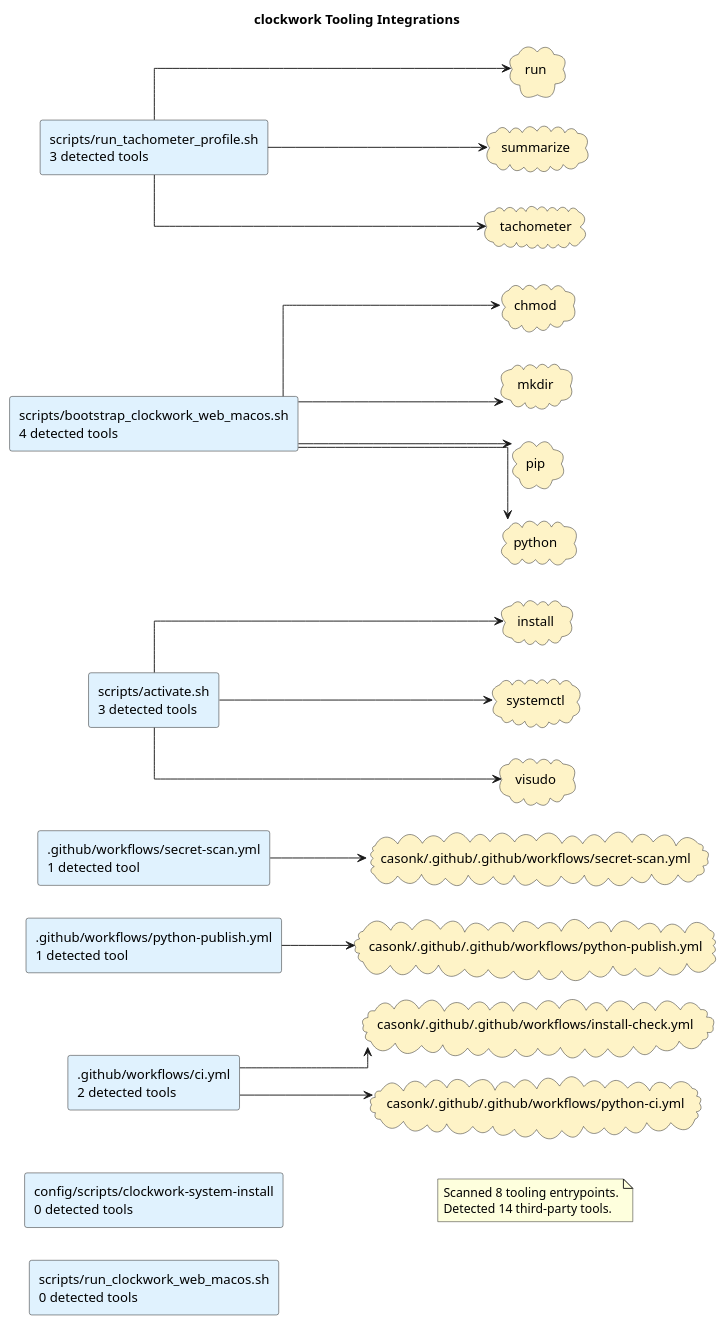
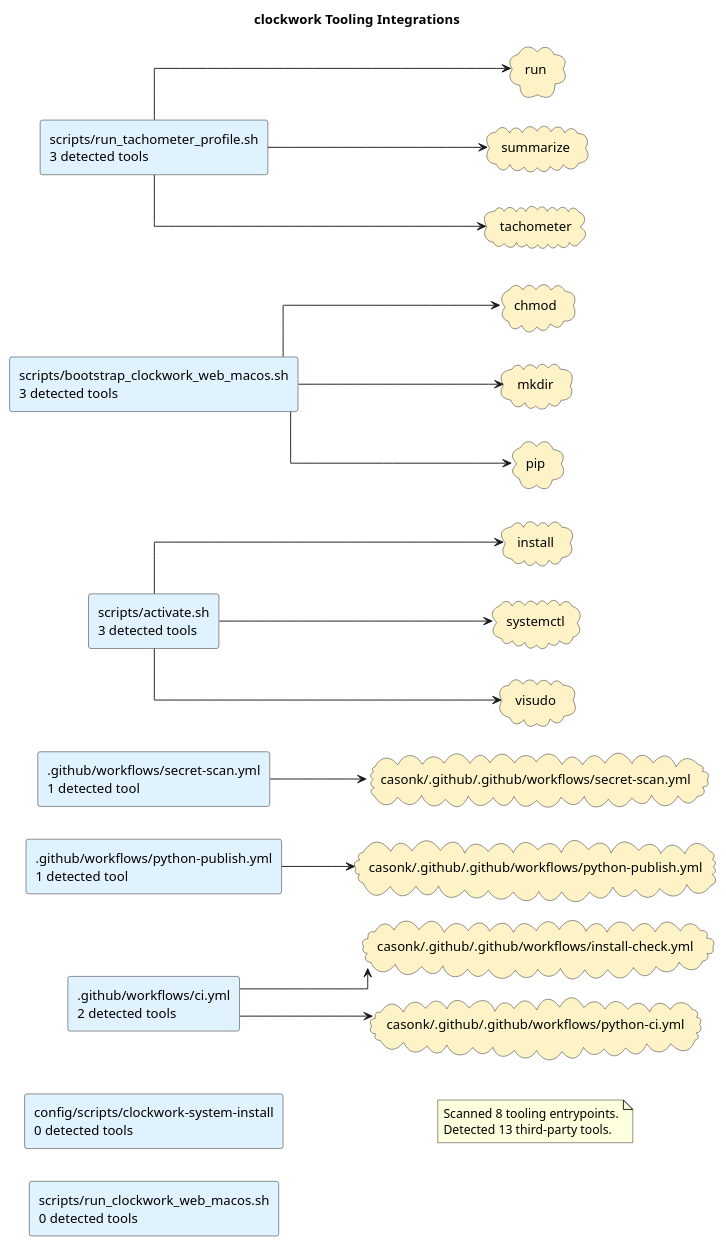
The diagram in docs/diagrams/tooling-integrations.puml (casonk/clockwork), drawn with PlantUML before and after one commit. The commit also changed 5 other files, not shown here.

First line of the commit message:
docs: refresh architecture diagrams

```diff
--- a/docs/diagrams/tooling-integrations.puml
+++ b/docs/diagrams/tooling-integrations.puml
@@ -1,48 +1,46 @@
 @startuml
 title clockwork Tooling Integrations
 left to right direction
 skinparam shadowing false
 skinparam defaultFontName Monospace
 skinparam componentStyle rectangle
 skinparam linetype ortho
 rectangle ".github/workflows/ci.yml\n2 detected tools" as source_github_workflows_ci_yml #E0F2FE
 rectangle ".github/workflows/python-publish.yml\n1 detected tool" as source_github_workflows_python_publish_yml #E0F2FE
 rectangle ".github/workflows/secret-scan.yml\n1 detected tool" as source_github_workflows_secret_scan_yml #E0F2FE
 rectangle "config/scripts/clockwork-system-install\n0 detected tools" as source_config_scripts_clockwork_system_install #E0F2FE
 rectangle "scripts/activate.sh\n3 detected tools" as source_scripts_activate_sh #E0F2FE
-rectangle "scripts/bootstrap_clockwork_web_macos.sh\n4 detected tools" as source_scripts_bootstrap_clockwork_web_macos_sh #E0F2FE
+rectangle "scripts/bootstrap_clockwork_web_macos.sh\n3 detected tools" as source_scripts_bootstrap_clockwork_web_macos_sh #E0F2FE
 rectangle "scripts/run_clockwork_web_macos.sh\n0 detected tools" as source_scripts_run_clockwork_web_macos_sh #E0F2FE
 rectangle "scripts/run_tachometer_profile.sh\n3 detected tools" as source_scripts_run_tachometer_profile_sh #E0F2FE
 cloud "casonk/.github/.github/workflows/install-check.yml" as tool_casonk_github_github_workflows_install_check_yml #FEF3C7
 cloud "casonk/.github/.github/workflows/python-ci.yml" as tool_casonk_github_github_workflows_python_ci_yml #FEF3C7
 cloud "casonk/.github/.github/workflows/python-publish.yml" as tool_casonk_github_github_workflows_python_publish_yml #FEF3C7
 cloud "casonk/.github/.github/workflows/secret-scan.yml" as tool_casonk_github_github_workflows_secret_scan_yml #FEF3C7
 cloud "chmod" as tool_chmod #FEF3C7
 cloud "install" as tool_install #FEF3C7
 cloud "mkdir" as tool_mkdir #FEF3C7
 cloud "pip" as tool_pip #FEF3C7
-cloud "python" as tool_python #FEF3C7
 cloud "run" as tool_run #FEF3C7
 cloud "summarize" as tool_summarize #FEF3C7
 cloud "systemctl" as tool_systemctl #FEF3C7
 cloud "tachometer" as tool_tachometer #FEF3C7
 cloud "visudo" as tool_visudo #FEF3C7
 source_github_workflows_ci_yml --> tool_casonk_github_github_workflows_install_check_yml
 source_github_workflows_ci_yml --> tool_casonk_github_github_workflows_python_ci_yml
 source_github_workflows_python_publish_yml --> tool_casonk_github_github_workflows_python_publish_yml
 source_github_workflows_secret_scan_yml --> tool_casonk_github_github_workflows_secret_scan_yml
 source_scripts_activate_sh --> tool_install
 source_scripts_activate_sh --> tool_systemctl
 source_scripts_activate_sh --> tool_visudo
 source_scripts_bootstrap_clockwork_web_macos_sh --> tool_chmod
 source_scripts_bootstrap_clockwork_web_macos_sh --> tool_mkdir
 source_scripts_bootstrap_clockwork_web_macos_sh --> tool_pip
-source_scripts_bootstrap_clockwork_web_macos_sh --> tool_python
 source_scripts_run_tachometer_profile_sh --> tool_run
 source_scripts_run_tachometer_profile_sh --> tool_summarize
 source_scripts_run_tachometer_profile_sh --> tool_tachometer
 note as toolingGraphSummary
 Scanned 8 tooling entrypoints.
-Detected 14 third-party tools.
+Detected 13 third-party tools.
 end note
 @enduml
```
